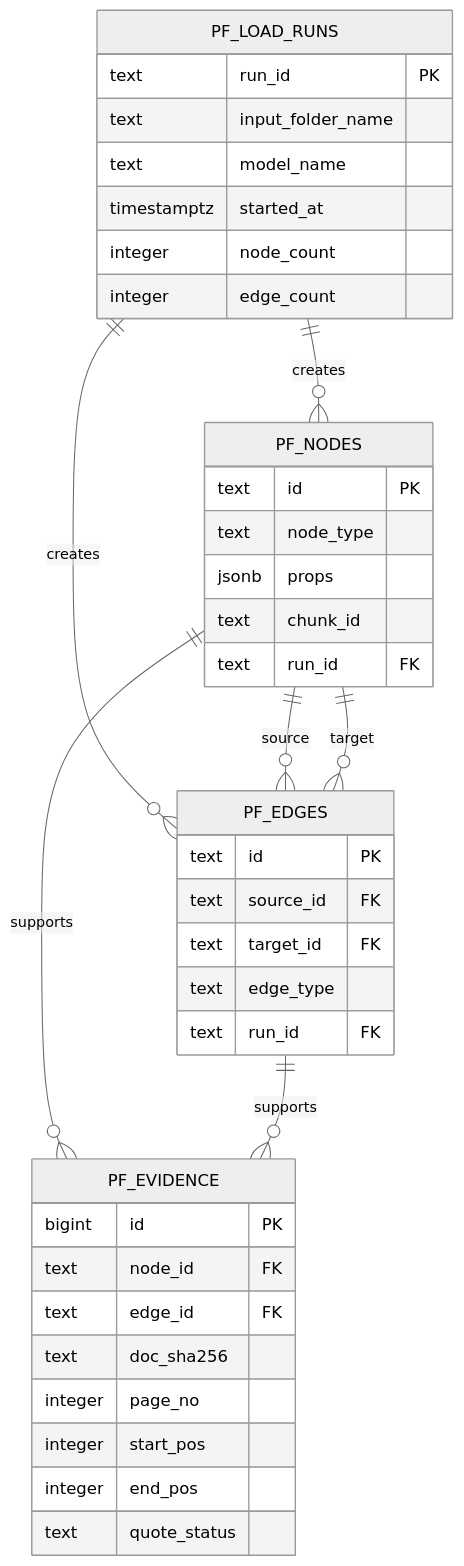
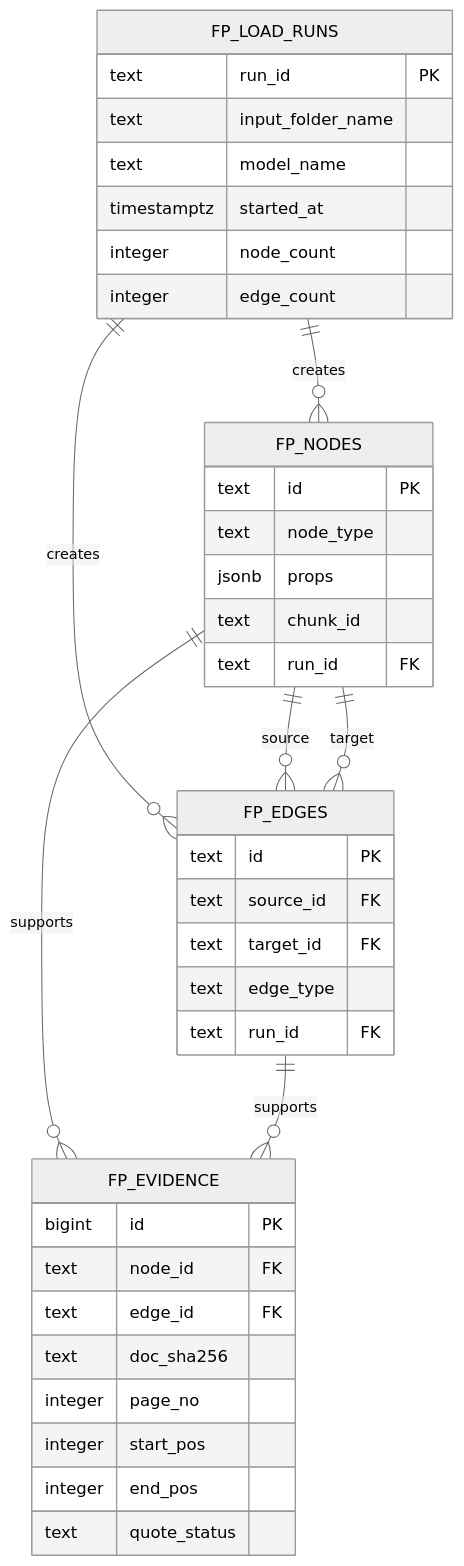
One commit to encore-ai-campus/mle-02-p2-team3 changed the diagram in src/card_benefit/payment_card/file_pipeline/graph/README.md. Above: the diagram before and after it, drawn with Mermaid (neutral theme). The commit also changed other lines of this file and 37 other files, not shown here.

````diff
--- a/src/card_benefit/payment_card/file_pipeline/graph/README.md
+++ b/src/card_benefit/payment_card/file_pipeline/graph/README.md
@@ -11,42 +11,42 @@
 ```mermaid
 erDiagram
-    PF_LOAD_RUNS ||--o{ PF_NODES : creates
-    PF_LOAD_RUNS ||--o{ PF_EDGES : creates
-    PF_NODES ||--o{ PF_EDGES : source
-    PF_NODES ||--o{ PF_EDGES : target
-    PF_NODES ||--o{ PF_EVIDENCE : supports
-    PF_EDGES ||--o{ PF_EVIDENCE : supports
+    FP_LOAD_RUNS ||--o{ FP_NODES : creates
+    FP_LOAD_RUNS ||--o{ FP_EDGES : creates
+    FP_NODES ||--o{ FP_EDGES : source
+    FP_NODES ||--o{ FP_EDGES : target
+    FP_NODES ||--o{ FP_EVIDENCE : supports
+    FP_EDGES ||--o{ FP_EVIDENCE : supports
 
-    PF_LOAD_RUNS {
+    FP_LOAD_RUNS {
         text run_id PK
         text input_folder_name
         text model_name
         timestamptz started_at
         integer node_count
         integer edge_count
     }
-    PF_NODES {
+    FP_NODES {
         text id PK
         text node_type
         jsonb props
         text chunk_id
         text run_id FK
     }
-    PF_EDGES {
+    FP_EDGES {
         text id PK
         text source_id FK
         text target_id FK
         text edge_type
         text run_id FK
     }
-    PF_EVIDENCE {
+    FP_EVIDENCE {
         bigint id PK
         text node_id FK
         text edge_id FK
         text doc_sha256
         integer page_no
         integer start_pos
         integer end_pos
         text quote_status
     }
 ```
````
